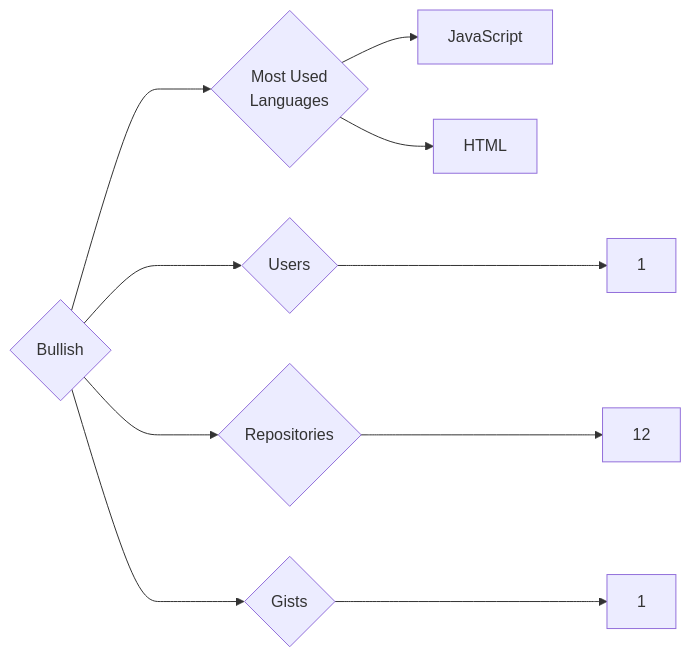
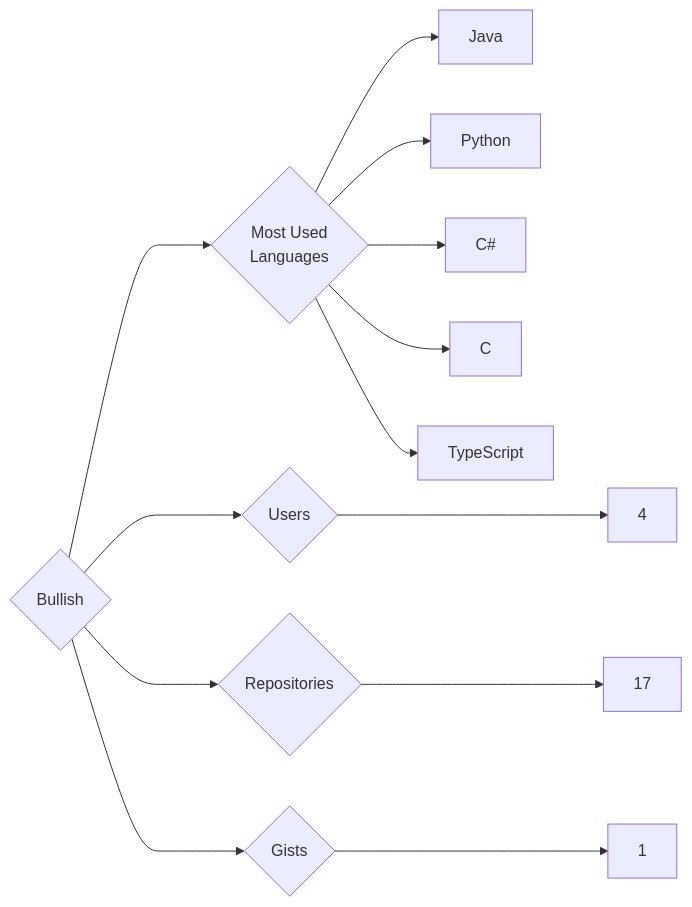
Before and after one commit to trickest/insiders: the diagram in targets/Bullish/README.md, drawn with Mermaid. The commit also changed 826 other files, not shown here.

````diff
--- a/targets/Bullish/README.md
+++ b/targets/Bullish/README.md
@@ -3,10 +3,13 @@
 ```mermaid
 graph LR
 COMPANY_NAME{Bullish}
-COMPANY_NAME ---> U{Users} ---> UN[1]
-COMPANY_NAME ---> R{Repositories} ---> RN[12]
+COMPANY_NAME ---> U{Users} ---> UN[4]
+COMPANY_NAME ---> R{Repositories} ---> RN[17]
 COMPANY_NAME ---> G{Gists} ---> GN[1]
 COMPANY_NAME ---> ML{Most Used<br>Languages}
-ML --> JavaScript[JavaScript]
-ML --> HTML[HTML]
+ML --> Java[Java]
+ML --> Python[Python]
+ML --> C#[C#]
+ML --> C[C]
+ML --> TypeScript[TypeScript]
 ```
````
